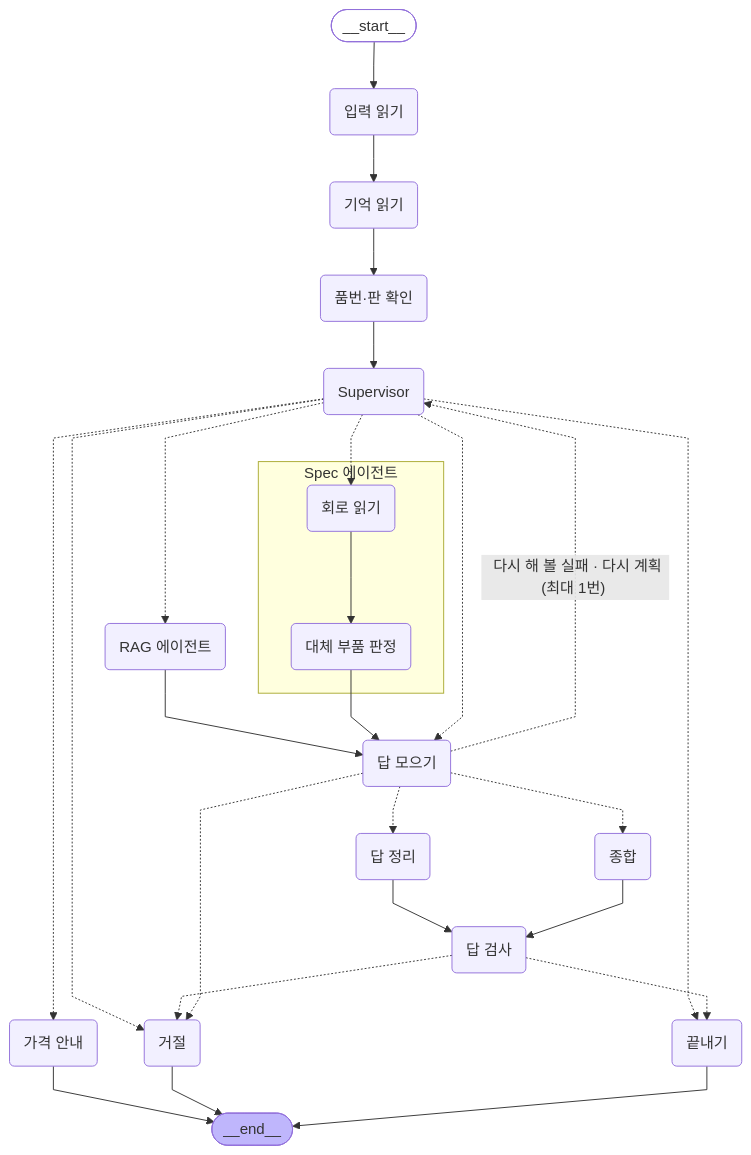
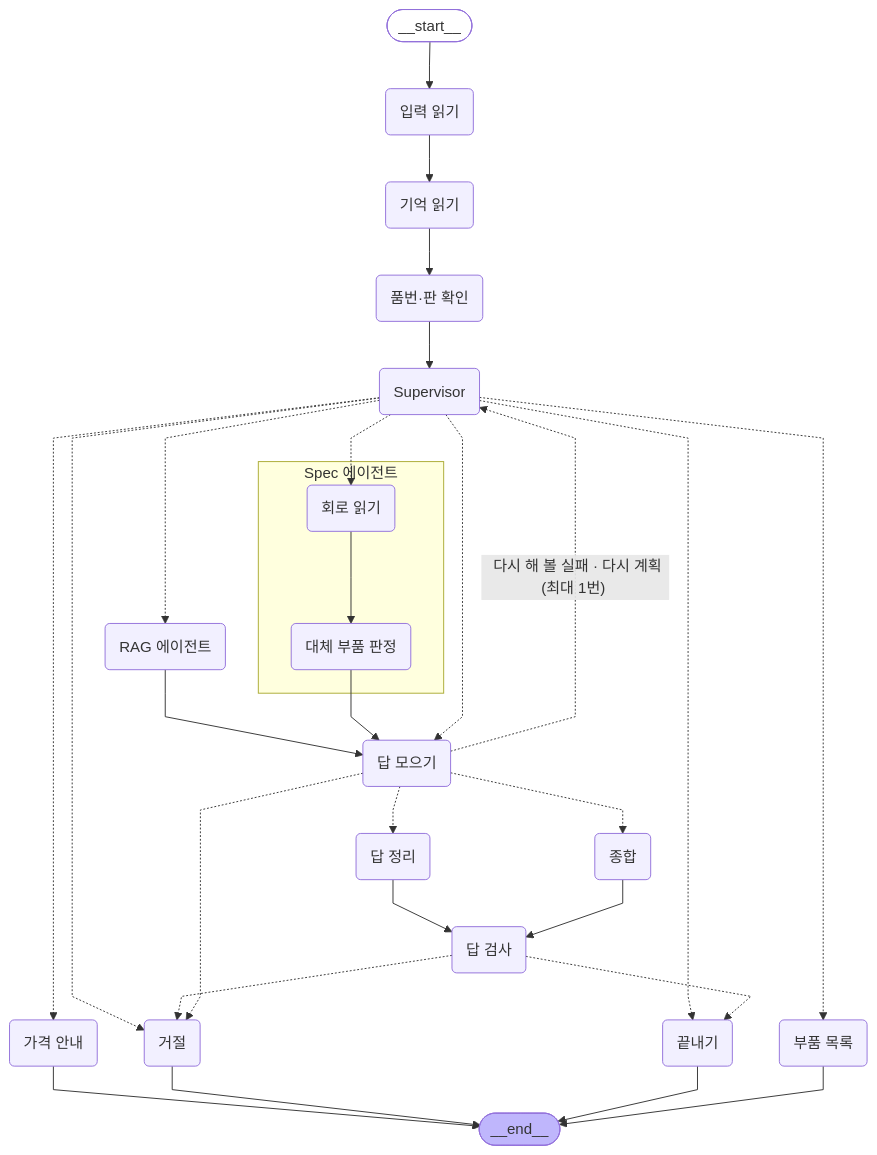
One commit to HJU5022/SojaFit changed the diagram in README.md. Above: the diagram before and after it, drawn with Mermaid. The commit also changed other lines of this file and 15 other files, not shown here.

First line of the commit message:
fix(graph): 회로 부품 목록 요청을 parts_list로 분류하고 코드가 넷리스트 표로 답한다(#55)

````diff
--- a/README.md
+++ b/README.md
@@ -69,53 +69,56 @@
 ```mermaid
 ---
 config:
   flowchart:
     curve: linear
 ---
 graph TD;
 	__start__([<p>__start__</p>]):::first
 	입력_읽기(입력 읽기)
 	기억_읽기(기억 읽기)
 	품번_판_확인(품번·판 확인)
 	Supervisor(Supervisor)
 	RAG_에이전트(RAG 에이전트)
 	답_모으기(답 모으기)
 	답_정리(답 정리)
 	종합(종합)
 	답_검사(답 검사)
 	끝내기(끝내기)
 	거절(거절)
 	가격_안내(가격 안내)
+	부품_목록(부품 목록)
 	__end__([<p>__end__</p>]):::last
 	RAG_에이전트 --> 답_모으기;
 	Spec_에이전트_대체_부품_판정 --> 답_모으기;
 	Supervisor -.-> RAG_에이전트;
 	Supervisor -.-> Spec_에이전트_회로_읽기;
 	Supervisor -.-> 가격_안내;
 	Supervisor -.-> 거절;
 	Supervisor -.-> 끝내기;
 	Supervisor -.-> 답_모으기;
+	Supervisor -.-> 부품_목록;
 	__start__ --> 입력_읽기;
 	기억_읽기 --> 품번_판_확인;
 	답_검사 -.-> 거절;
 	답_검사 -.-> 끝내기;
 	답_모으기 -.->|"&nbsp;다시 해 볼 실패 · 다시 계획(최대 1번)&nbsp;"| Supervisor;
 	답_모으기 -.-> 거절;
 	답_모으기 -.-> 답_정리;
 	답_모으기 -.-> 종합;
 	답_정리 --> 답_검사;
 	입력_읽기 --> 기억_읽기;
 	종합 --> 답_검사;
 	품번_판_확인 --> Supervisor;
 	가격_안내 --> __end__;
 	거절 --> __end__;
 	끝내기 --> __end__;
+	부품_목록 --> __end__;
 	subgraph Spec 에이전트
 	Spec_에이전트_회로_읽기(회로 읽기)
 	Spec_에이전트_대체_부품_판정(대체 부품 판정)
 	Spec_에이전트_회로_읽기 --> Spec_에이전트_대체_부품_판정;
 	end
 	classDef default fill:#f2f0ff,line-height:1.2
 	classDef first fill-opacity:0
 	classDef last fill:#bfb6fc
 ```
````
